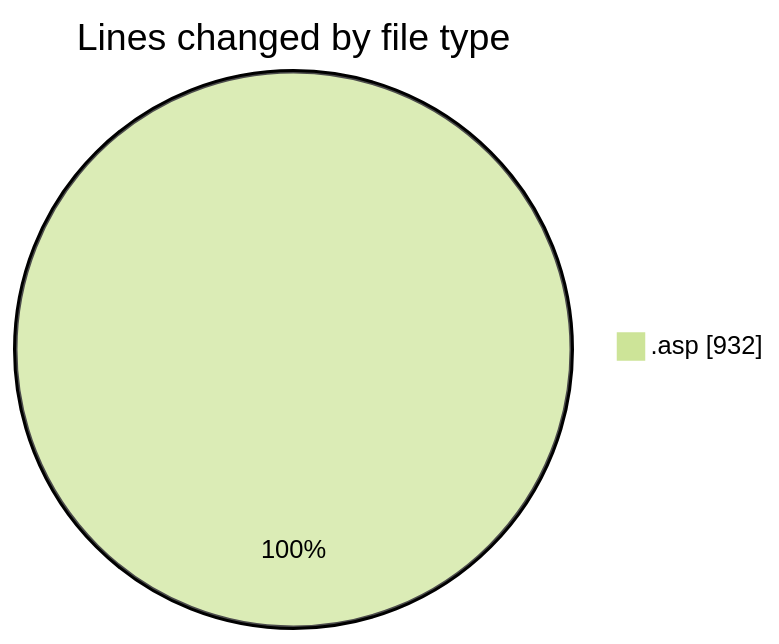
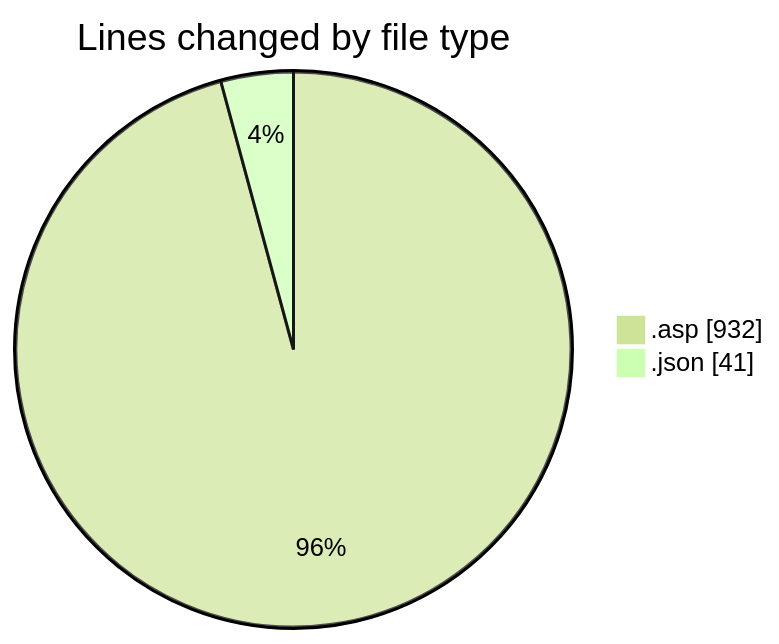
The first of 2 diagrams in 2025-10-29/cdp_aleoudev_fr__workspace_/README.md (julien-gomy/code-tracking), drawn with Mermaid (forest theme) before and after one commit. The commit also changed other lines of this file and 1 other file, not shown here.

````diff
--- a/2025-10-29/cdp_aleoudev_fr__workspace_/README.md
+++ b/2025-10-29/cdp_aleoudev_fr__workspace_/README.md
@@ -21,5 +22,6 @@
 ```mermaid
 pie showData
 title Lines changed by file type
 ".asp" : 932
+".json" : 41
 ```
````
